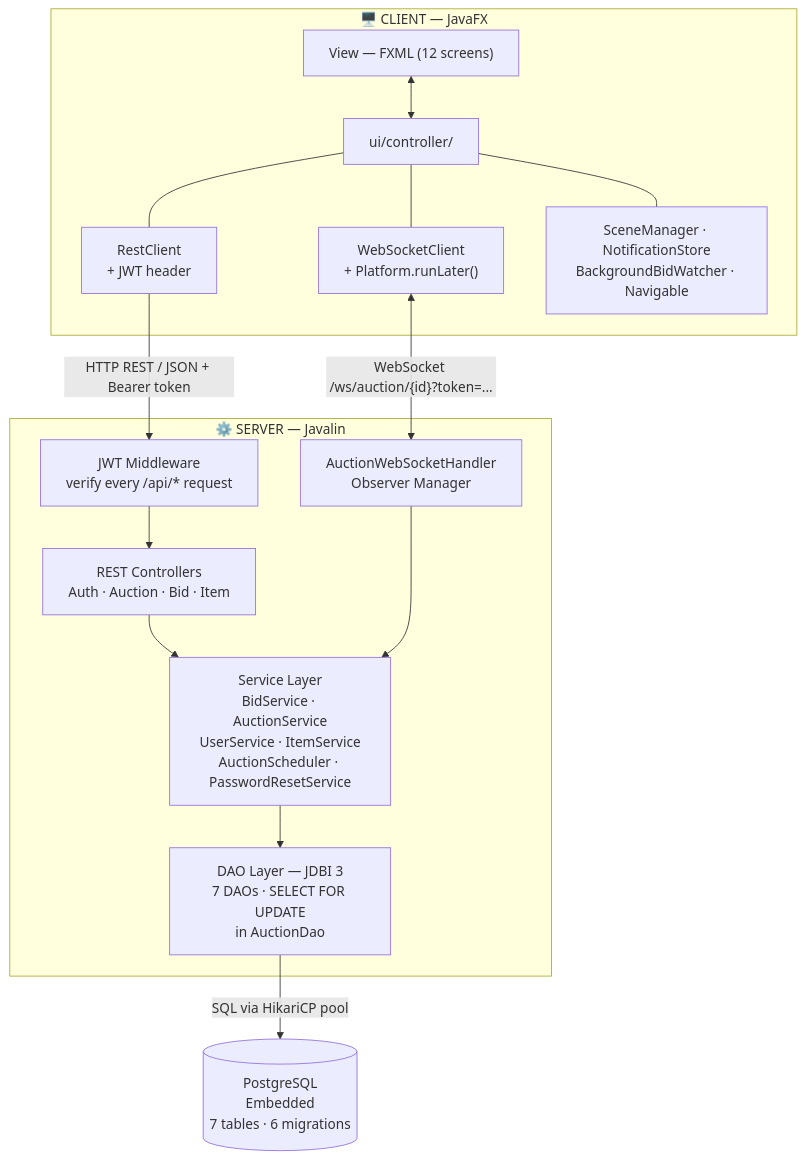
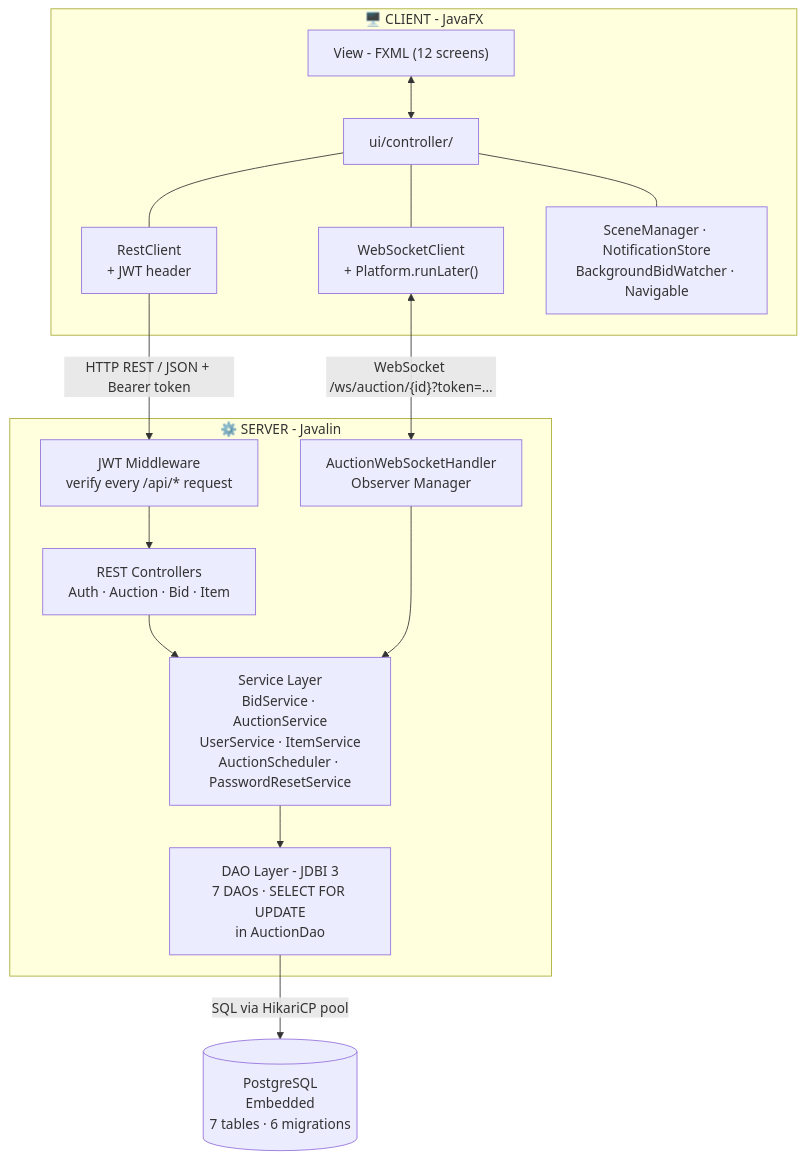
The diagram in README.md (kieran-labs/oop-course-project-uet), drawn with Mermaid before and after one commit. The commit also changed other lines of this file, not shown here.

````diff
--- a/README.md
+++ b/README.md
@@ -83,28 +83,28 @@
 ```mermaid
 graph TB
-    subgraph CLIENT["🖥️  CLIENT — JavaFX"]
-        FXML["View — FXML (12 screens)"]
+    subgraph CLIENT["🖥️  CLIENT - JavaFX"]
+        FXML["View - FXML (12 screens)"]
         CTRL["ui/controller/"]
         RC["RestClient<br/>+ JWT header"]
         WSC["WebSocketClient<br/>+ Platform.runLater()"]
         UTIL["SceneManager · NotificationStore<br/>BackgroundBidWatcher · Navigable"]
         FXML <--> CTRL
         CTRL --- RC
         CTRL --- WSC
         CTRL --- UTIL
     end
     RC -->|"HTTP REST / JSON + Bearer token"| JWT
     WSC <-->|"WebSocket /ws/auction/{id}?token=..."| WSH
-    subgraph SERVER["⚙️  SERVER — Javalin"]
+    subgraph SERVER["⚙️  SERVER - Javalin"]
         JWT["JWT Middleware<br/>verify every /api/* request"]
         REST["REST Controllers<br/>Auth · Auction · Bid · Item"]
         WSH["AuctionWebSocketHandler<br/>Observer Manager"]
         SVC["Service Layer<br/>BidService · AuctionService<br/>UserService · ItemService<br/>AuctionScheduler · PasswordResetService"]
-        DAO["DAO Layer — JDBI 3<br/>7 DAOs · SELECT FOR UPDATE<br/>in AuctionDao"]
+        DAO["DAO Layer - JDBI 3<br/>7 DAOs · SELECT FOR UPDATE<br/>in AuctionDao"]
         JWT --> REST
         REST --> SVC
         WSH --> SVC
         SVC --> DAO
     end
     DAO -->|"SQL via HikariCP pool"| DB[("PostgreSQL<br/>Embedded<br/>7 tables · 6 migrations")]
 ```
````
